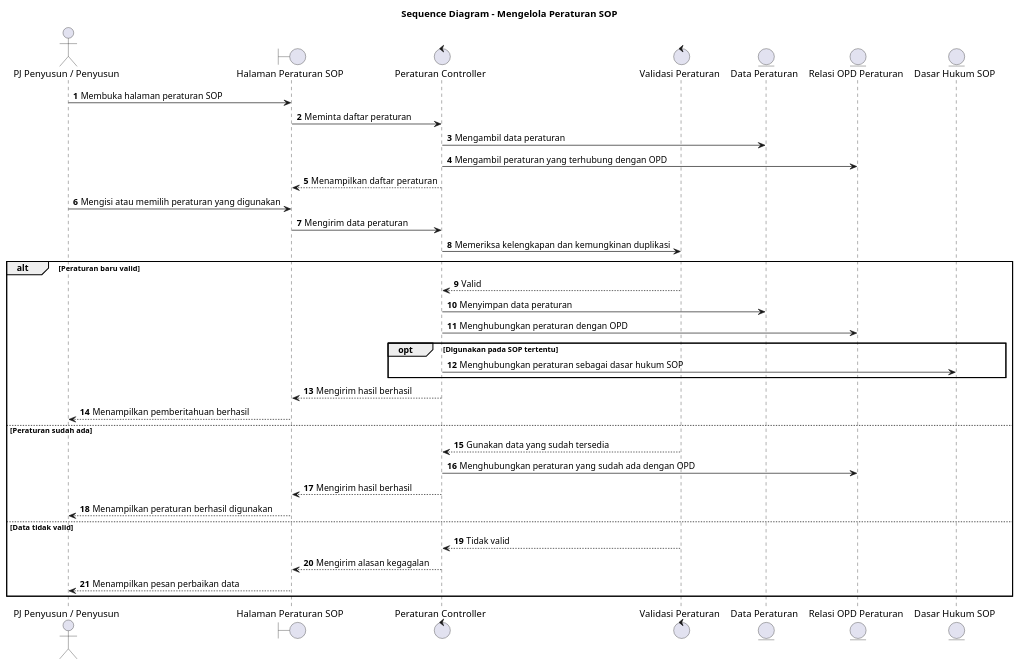
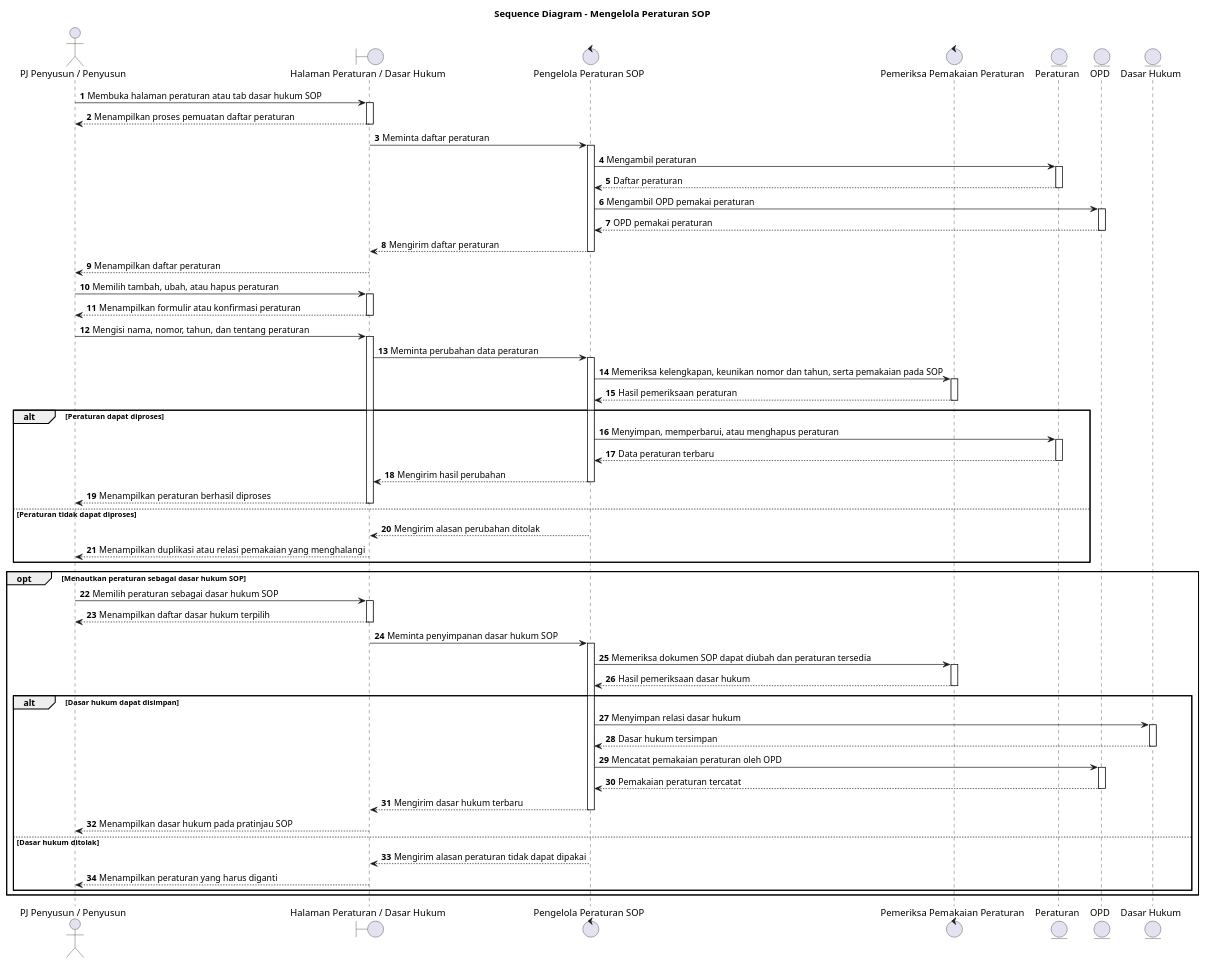
One commit to howlil/sop-generate-app changed the diagram in docs/sequence/lampiran/pj-penyusun-penyusun-mengelola-peraturan-sop.md. Above: the diagram before and after it, drawn with PlantUML. The commit also changed other lines of this file and 90 other files, not shown here.

````diff
--- a/docs/sequence/lampiran/pj-penyusun-penyusun-mengelola-peraturan-sop.md
+++ b/docs/sequence/lampiran/pj-penyusun-penyusun-mengelola-peraturan-sop.md
@@ -16,45 +16,61 @@
 ```plantuml
 @startuml
 title Sequence Diagram - Mengelola Peraturan SOP
 autonumber
+autoactivate on
 
-actor "PJ Penyusun / Penyusun" as Aktor
-boundary "Halaman Peraturan SOP" as UI
-control "Peraturan Controller" as PeraturanCtrl
-control "Validasi Peraturan" as Validasi
-entity "Data Peraturan" as Peraturan
-entity "Relasi OPD Peraturan" as OPDPeraturan
-entity "Dasar Hukum SOP" as DasarHukum
+actor "PJ Penyusun / Penyusun" as A
+boundary "Halaman Peraturan / Dasar Hukum" as B
+control "Pengelola Peraturan SOP" as C
+control "Pemeriksa Pemakaian Peraturan" as D
+entity "Peraturan" as Peraturan
+entity "OPD" as OPD
+entity "Dasar Hukum" as DasarHukum
 
-Aktor -> UI : Membuka halaman peraturan SOP
-UI -> PeraturanCtrl : Meminta daftar peraturan
-PeraturanCtrl -> Peraturan : Mengambil data peraturan
-PeraturanCtrl -> OPDPeraturan : Mengambil peraturan yang terhubung dengan OPD
-PeraturanCtrl --> UI : Menampilkan daftar peraturan
+A -> B : Membuka halaman peraturan atau tab dasar hukum SOP
+B --> A : Menampilkan proses pemuatan daftar peraturan
+B -> C : Meminta daftar peraturan
+C -> Peraturan : Mengambil peraturan
+Peraturan --> C : Daftar peraturan
+C -> OPD : Mengambil OPD pemakai peraturan
+OPD --> C : OPD pemakai peraturan
+C --> B : Mengirim daftar peraturan
+B --> A : Menampilkan daftar peraturan
 
-Aktor -> UI : Mengisi atau memilih peraturan yang digunakan
-UI -> PeraturanCtrl : Mengirim data peraturan
-PeraturanCtrl -> Validasi : Memeriksa kelengkapan dan kemungkinan duplikasi
+A -> B : Memilih tambah, ubah, atau hapus peraturan
+B --> A : Menampilkan formulir atau konfirmasi peraturan
+A -> B : Mengisi nama, nomor, tahun, dan tentang peraturan
+B -> C : Meminta perubahan data peraturan
+C -> D : Memeriksa kelengkapan, keunikan nomor dan tahun, serta pemakaian pada SOP
+D --> C : Hasil pemeriksaan peraturan
+alt Peraturan dapat diproses
+  C -> Peraturan : Menyimpan, memperbarui, atau menghapus peraturan
+  Peraturan --> C : Data peraturan terbaru
+  C --> B : Mengirim hasil perubahan
+  B --> A : Menampilkan peraturan berhasil diproses
+else Peraturan tidak dapat diproses
+  C --> B : Mengirim alasan perubahan ditolak
+  B --> A : Menampilkan duplikasi atau relasi pemakaian yang menghalangi
+end
 
-alt Peraturan baru valid
-  Validasi --> PeraturanCtrl : Valid
-  PeraturanCtrl -> Peraturan : Menyimpan data peraturan
-  PeraturanCtrl -> OPDPeraturan : Menghubungkan peraturan dengan OPD
-  opt Digunakan pada SOP tertentu
-    PeraturanCtrl -> DasarHukum : Menghubungkan peraturan sebagai dasar hukum SOP
+opt Menautkan peraturan sebagai dasar hukum SOP
+  A -> B : Memilih peraturan sebagai dasar hukum SOP
+  B --> A : Menampilkan daftar dasar hukum terpilih
+  B -> C : Meminta penyimpanan dasar hukum SOP
+  C -> D : Memeriksa dokumen SOP dapat diubah dan peraturan tersedia
+  D --> C : Hasil pemeriksaan dasar hukum
+  alt Dasar hukum dapat disimpan
+    C -> DasarHukum : Menyimpan relasi dasar hukum
+    DasarHukum --> C : Dasar hukum tersimpan
+    C -> OPD : Mencatat pemakaian peraturan oleh OPD
+    OPD --> C : Pemakaian peraturan tercatat
+    C --> B : Mengirim dasar hukum terbaru
+    B --> A : Menampilkan dasar hukum pada pratinjau SOP
+  else Dasar hukum ditolak
+    C --> B : Mengirim alasan peraturan tidak dapat dipakai
+    B --> A : Menampilkan peraturan yang harus diganti
   end
-  PeraturanCtrl --> UI : Mengirim hasil berhasil
-  UI --> Aktor : Menampilkan pemberitahuan berhasil
-else Peraturan sudah ada
-  Validasi --> PeraturanCtrl : Gunakan data yang sudah tersedia
-  PeraturanCtrl -> OPDPeraturan : Menghubungkan peraturan yang sudah ada dengan OPD
-  PeraturanCtrl --> UI : Mengirim hasil berhasil
-  UI --> Aktor : Menampilkan peraturan berhasil digunakan
-else Data tidak valid
-  Validasi --> PeraturanCtrl : Tidak valid
-  PeraturanCtrl --> UI : Mengirim alasan kegagalan
-  UI --> Aktor : Menampilkan pesan perbaikan data
 end
 
 @enduml
 ```
````
